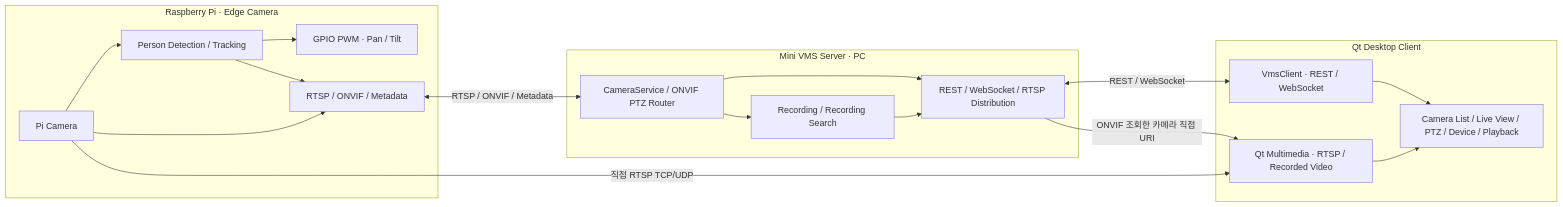
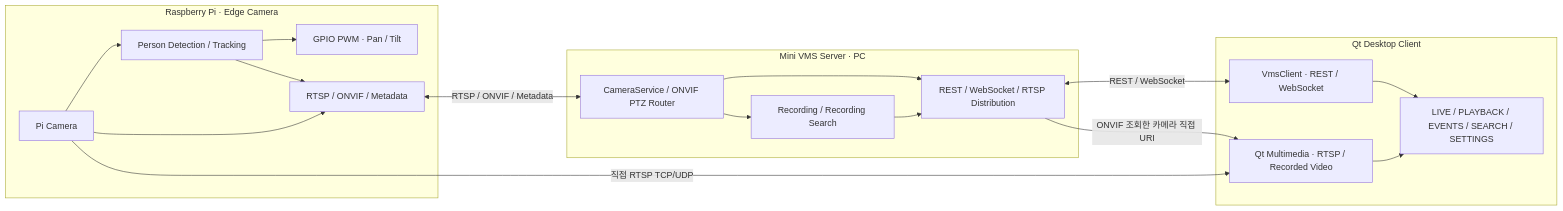
The first of 2 diagrams in README.md (PTZ-CAMERA/Qt_Client), drawn with Mermaid before and after one commit. The commit also changed other lines of this file and 5 other files, not shown here.

Commit message:
docs: refresh project guides, architecture and explanatory comments

````diff
--- a/README.md
+++ b/README.md
@@ -7,32 +9,32 @@
 ```mermaid
 flowchart LR
     subgraph Pi["Raspberry Pi · Edge Camera"]
         Camera[Pi Camera]
         AI[Person Detection / Tracking]
         Servo[GPIO PWM · Pan / Tilt]
         Services[RTSP / ONVIF / Metadata]
         Camera --> AI
         AI --> Servo
         Camera --> Services
         AI --> Services
     end
     subgraph Server["Mini VMS Server · PC"]
         VMS[CameraService / ONVIF PTZ Router]
         REC[Recording / Recording Search]
         API[REST / WebSocket / RTSP Distribution]
         VMS --> API
         VMS --> REC
         REC --> API
     end
     subgraph Desktop["Qt Desktop Client"]
         Client[VmsClient · REST / WebSocket]
         Video[Qt Multimedia · RTSP / Recorded Video]
-        UI[Camera List / Live View / PTZ / Device / Playback]
+        UI[LIVE / PLAYBACK / EVENTS / SEARCH / SETTINGS]
         Client --> UI
         Video --> UI
     end
     Services <-->|RTSP / ONVIF / Metadata| VMS
     API <-->|REST / WebSocket| Client
     API -->|ONVIF 조회한 카메라 직접 URI| Video
     Camera -->|직접 RTSP TCP/UDP| Video
 ```
````
